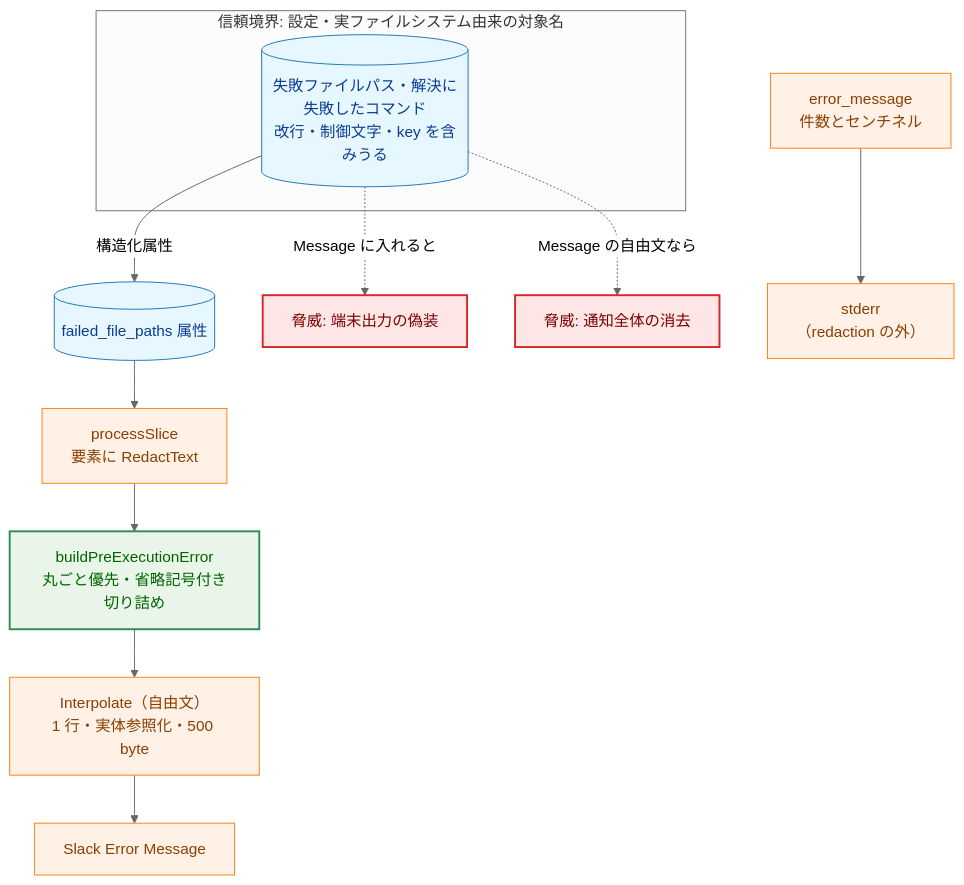
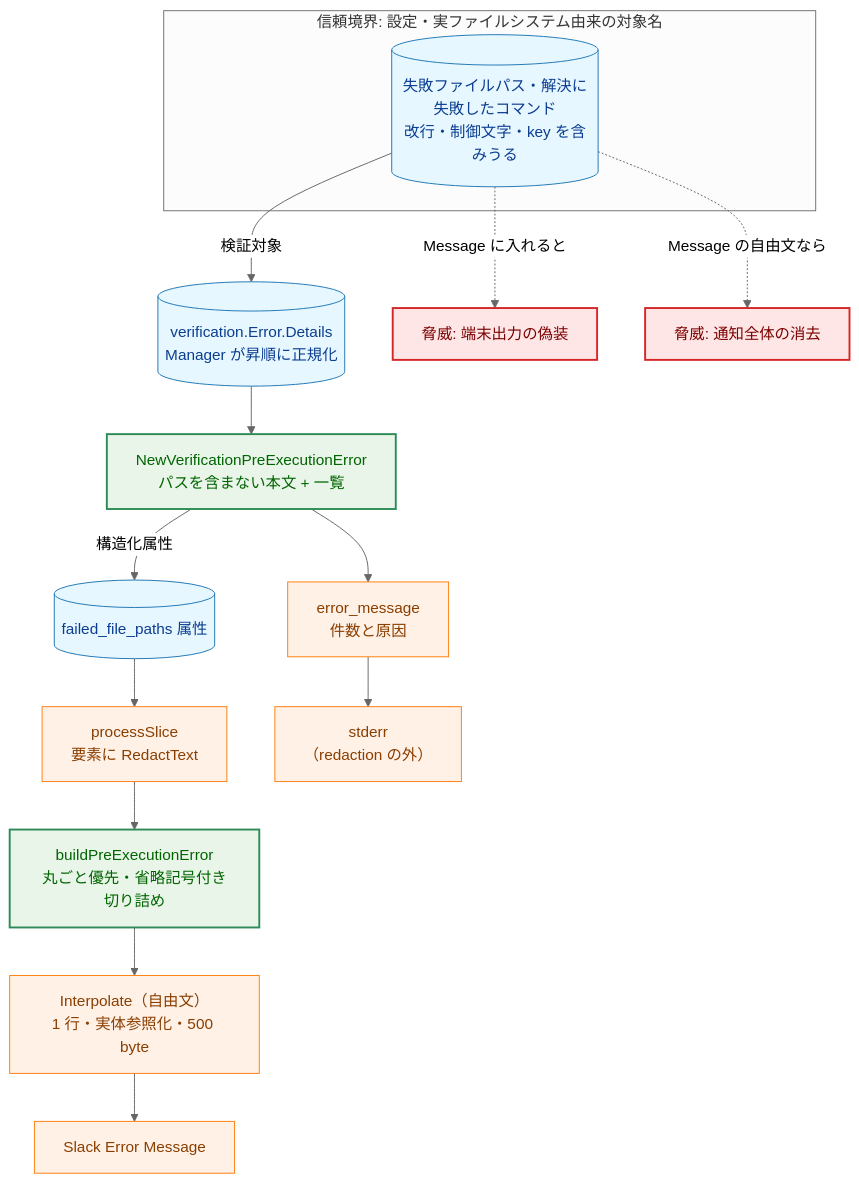
One commit to isseis/go-safe-cmd-runner changed the ninth of 10 diagrams in docs/tasks/0175_group_verification_error_failed_files/02_architecture.md. Above: the diagram before and after it, drawn with Mermaid (neutral theme). The commit also changed other lines of this file and 1 other file, not shown here.

First line of the commit message:
docs(0175): unify global and group verification error reporting

````diff
--- a/docs/tasks/0175_group_verification_error_failed_files/02_architecture.md
+++ b/docs/tasks/0175_group_verification_error_failed_files/02_architecture.md
@@ -465,24 +519,27 @@
 ```mermaid
 flowchart TD
     classDef data fill:#e6f7ff,stroke:#1f77b4,stroke-width:1px,color:#0b3d91;
     classDef process fill:#fff1e6,stroke:#ff7f0e,stroke-width:1px,color:#8a3e00;
     classDef enhanced fill:#e8f5e8,stroke:#2e8b57,stroke-width:2px,color:#006400;
     classDef problem fill:#ffe6e6,stroke:#d62728,stroke-width:2px,color:#7b0000;
 
     subgraph SRC["信頼境界: 設定・実ファイルシステム由来の対象名"]
         PATH[("失敗ファイルパス・解決に失敗したコマンド<br>改行・制御文字・key を含みうる")]
     end
-    PATH -->|"構造化属性"| FF[("failed_file_paths 属性")]
+    PATH -->|"検証対象"| DET[("verification.Error.Details<br>Manager が昇順に正規化")]
+    DET --> CNV["NewVerificationPreExecutionError<br>パスを含まない本文 + 一覧"]
+    CNV -->|"構造化属性"| FF[("failed_file_paths 属性")]
+    CNV --> MSG["error_message<br>件数と原因"]
     FF --> RED["processSlice<br>要素に RedactText"]
     RED --> BUILD["buildPreExecutionError<br>丸ごと優先・省略記号付き切り詰め"]
     BUILD --> INT["Interpolate（自由文）<br>1 行・実体参照化・500 byte"]
     INT --> SLACK["Slack Error Message"]
-    MSG["error_message<br>件数とセンチネル"] --> STDERR["stderr<br>（redaction の外）"]
+    MSG --> STDERR["stderr<br>（redaction の外）"]
     PATH -.->|"Message に入れると"| T1["脅威: 端末出力の偽装"]
     PATH -.->|"Message の自由文なら"| T2["脅威: 通知全体の消去"]
 
-    class PATH,FF data
+    class PATH,DET,FF data
     class MSG,STDERR,RED,INT,SLACK process
-    class BUILD enhanced
+    class CNV,BUILD enhanced
     class T1,T2 problem
 ```
````
